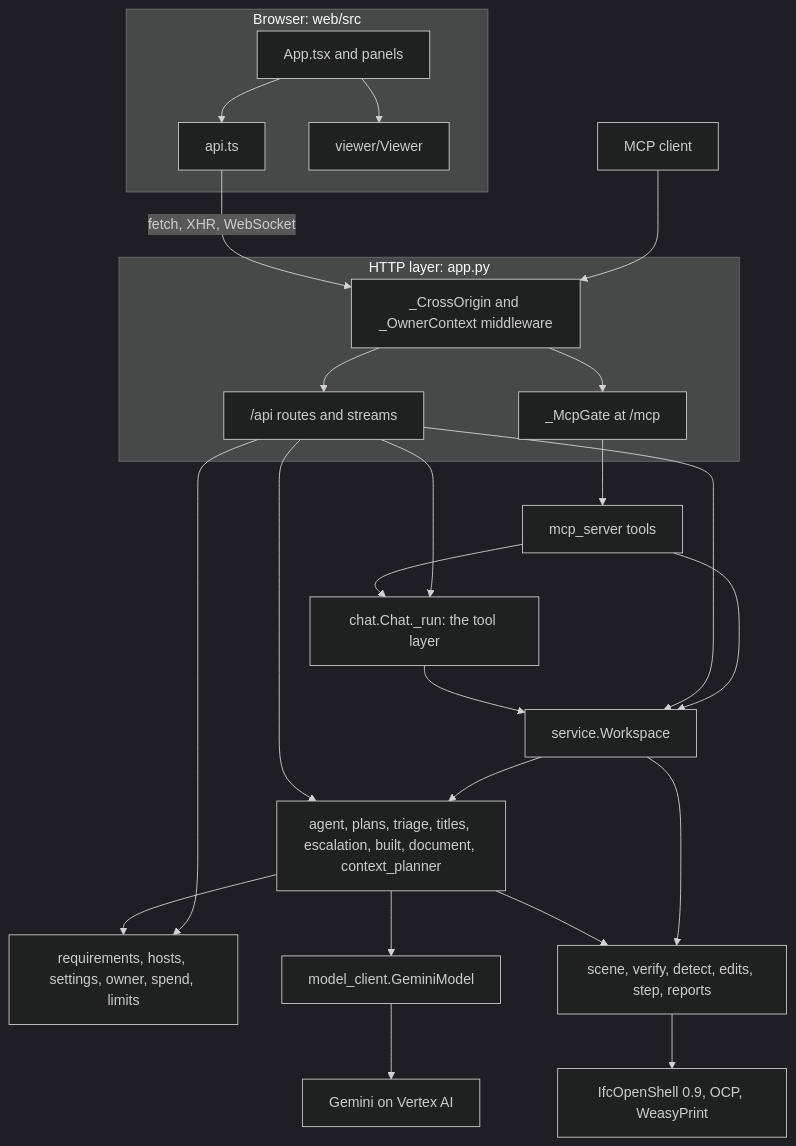
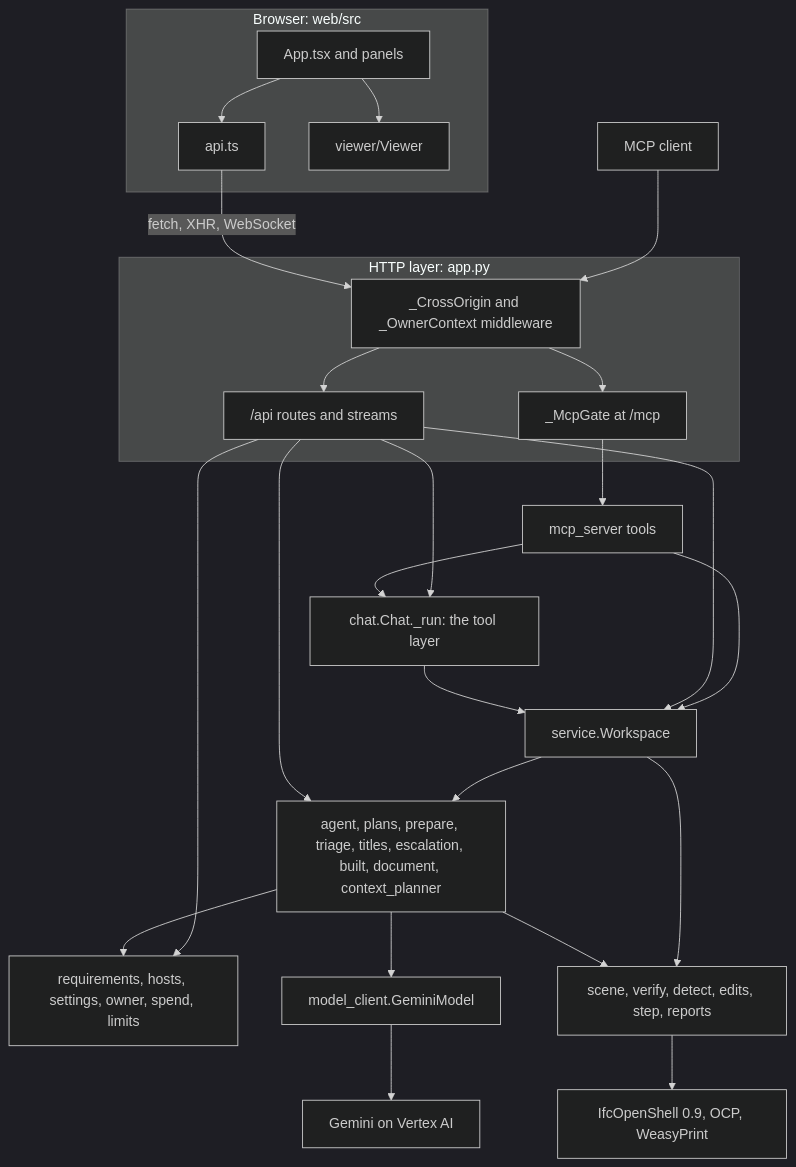
The second of 4 diagrams in docs/architecture/02-system-architecture.md (Saravana-Rajan/IRIS), drawn with Mermaid (dark theme) before and after one commit. The commit also changed other lines of this file and 12 other files, not shown here.

First line of the commit message:
docs: the review queue's server side in the architecture map

````diff
--- a/docs/architecture/02-system-architecture.md
+++ b/docs/architecture/02-system-architecture.md
@@ -102,44 +102,44 @@
 ```mermaid
 flowchart TB
   subgraph web["Browser: web/src"]
     app["App.tsx and panels"]
     apits["api.ts"]
     viewer["viewer/Viewer"]
   end
   mcpClient["MCP client"]
   subgraph http["HTTP layer: app.py"]
     mw["_CrossOrigin and _OwnerContext middleware"]
     routes["/api routes and streams"]
     gate["_McpGate at /mcp"]
   end
   tools["mcp_server tools"]
   chat["chat.Chat._run: the tool layer"]
   ws["service.Workspace"]
-  flows["agent, plans, triage, titles, escalation, built, document, context_planner"]
+  flows["agent, plans, prepare, triage, titles, escalation, built, document, context_planner"]
   rules["requirements, hosts, settings, owner, spend, limits"]
   client["model_client.GeminiModel"]
   geo["scene, verify, detect, edits, step, reports"]
   libs["IfcOpenShell 0.9, OCP, WeasyPrint"]
   hostsExt["Gemini on Vertex AI"]
   app --> apits
   app --> viewer
   apits -->|"fetch, XHR, WebSocket"| mw
   mcpClient --> mw
   mw --> routes
   mw --> gate
   gate --> tools
   tools --> chat
   routes --> chat
   chat --> ws
   routes --> ws
   tools --> ws
   routes --> flows
   ws --> flows
   flows --> client
   flows --> geo
   ws --> geo
   flows --> rules
   routes --> rules
   client --> hostsExt
   geo --> libs
 ```
````
